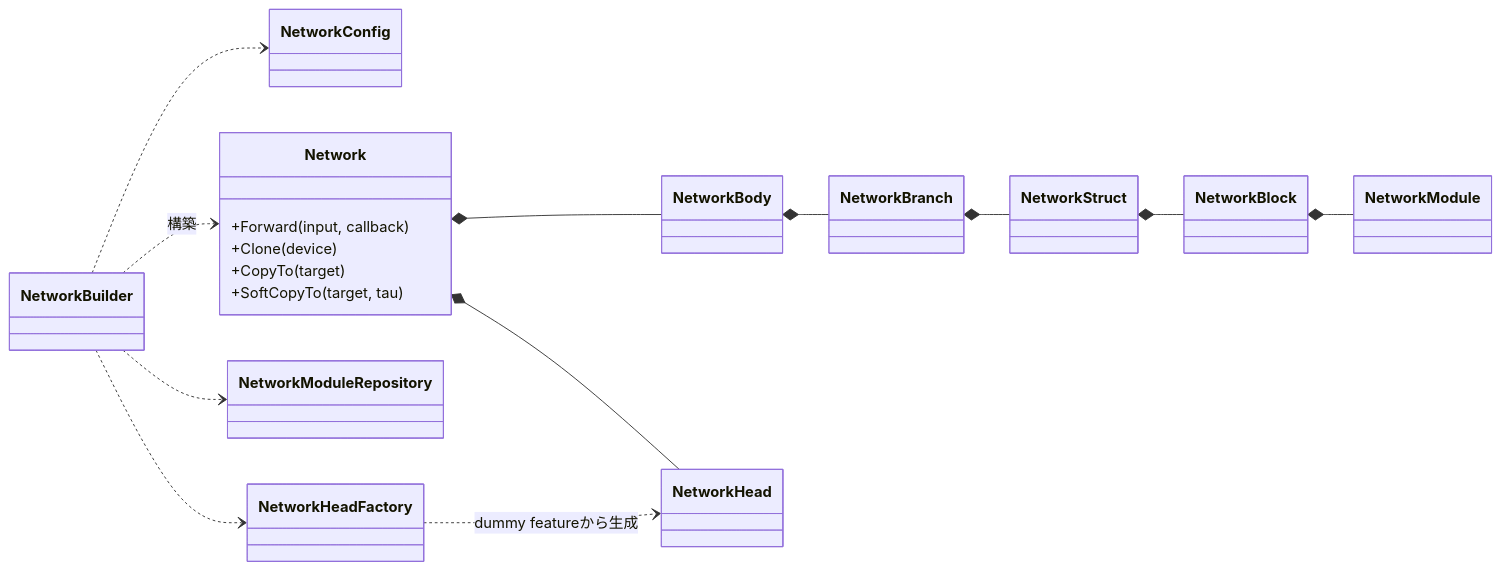
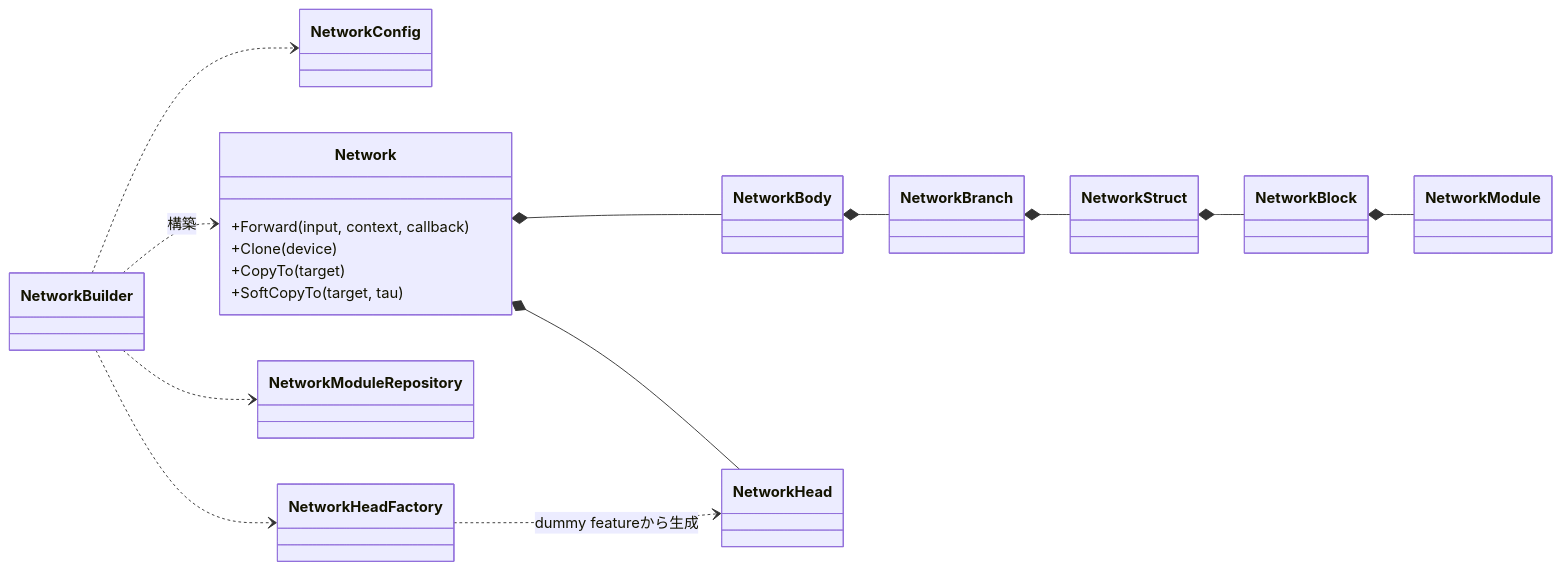
Before and after one commit to kazukin123/anet-lab: the first of 3 diagrams in docs/design/130_neural_networks.en.md, drawn with Mermaid. The commit also changed other lines of this file and 45 other files, not shown here.

````diff
--- a/docs/design/130_neural_networks.en.md
+++ b/docs/design/130_neural_networks.en.md
@@ -133,33 +144,33 @@
 ```mermaid
 classDiagram
 direction LR
 
 class NetworkBuilder
 class NetworkConfig
 class Network {
-  +Forward(input, callback)
+  +Forward(input, context, callback)
   +Clone(device)
   +CopyTo(target)
   +SoftCopyTo(target, tau)
 }
 class NetworkBody
 class NetworkBranch
 class NetworkStruct
 class NetworkBlock
 class NetworkModule
 class NetworkModuleRepository
 class NetworkHead
 class NetworkHeadFactory
 
 NetworkBuilder ..> NetworkConfig
 NetworkBuilder ..> NetworkModuleRepository
 NetworkBuilder ..> NetworkHeadFactory
 NetworkBuilder ..> Network : 構築
 Network *-- NetworkBody
 Network *-- NetworkHead
 NetworkBody *-- NetworkBranch
 NetworkBranch *-- NetworkStruct
 NetworkStruct *-- NetworkBlock
 NetworkBlock *-- NetworkModule
 NetworkHeadFactory ..> NetworkHead : dummy featureから生成
 ```
````
